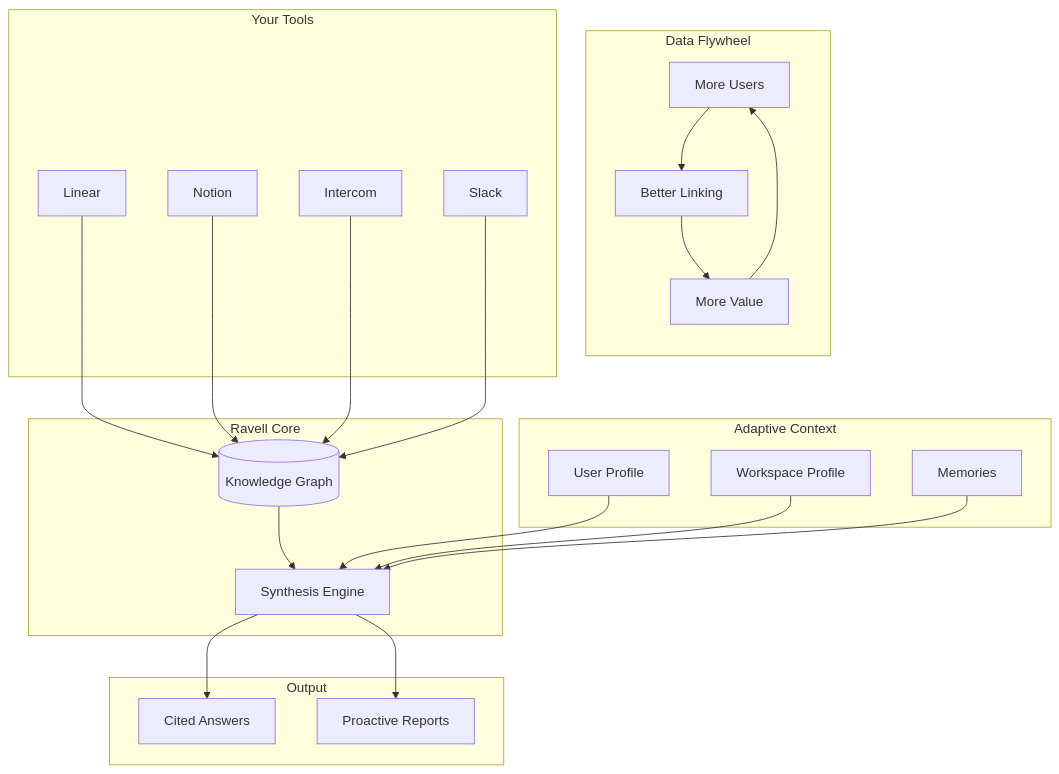
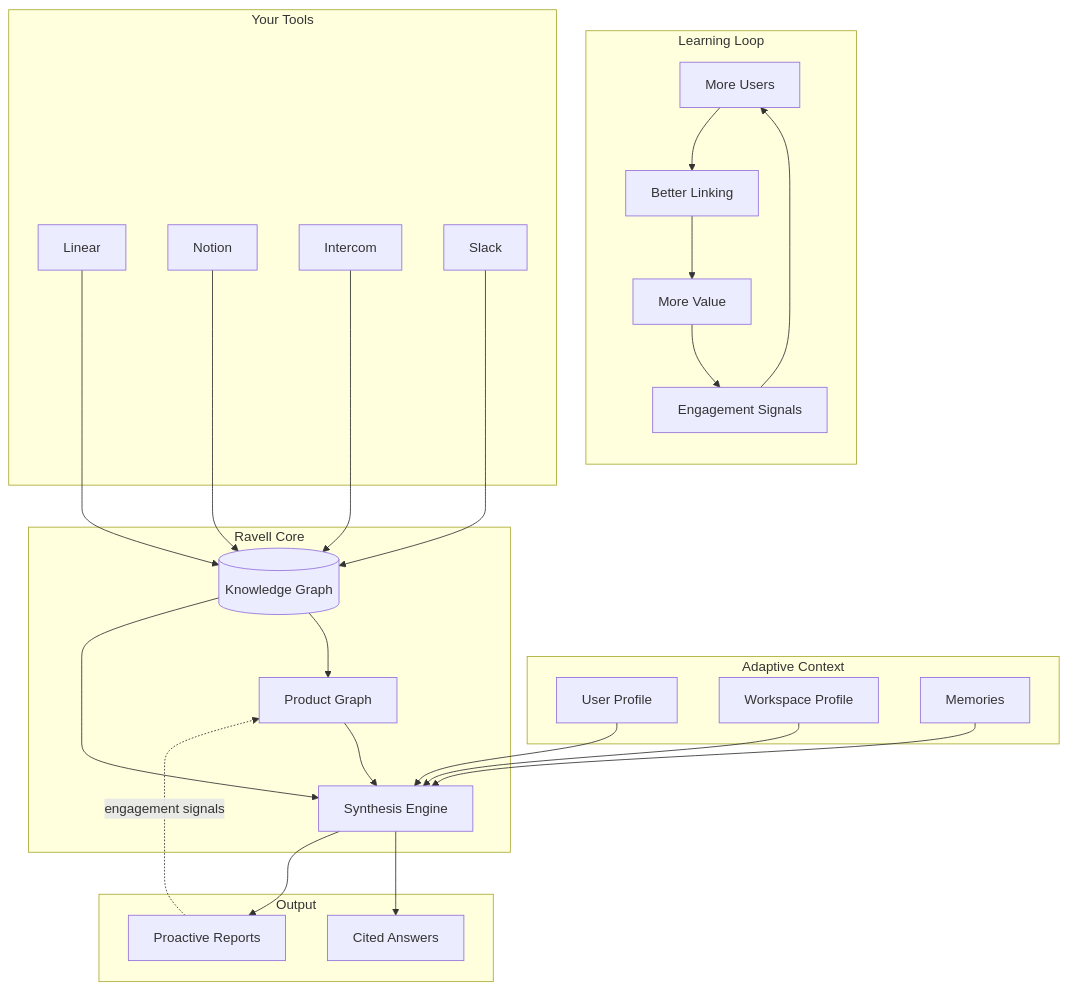
One commit to ravell-io/docs changed the first of 2 diagrams in system-overview.mdx. Above: the diagram before and after it, drawn with Mermaid. The commit also changed other lines of this file and 5 other files, not shown here.

Commit message:
docs: add Product Intelligence v2 ontology, learning loop, and brief follow-ups

````diff
--- a/system-overview.mdx
+++ b/system-overview.mdx
@@ -14,46 +14,52 @@
 ```mermaid
 flowchart TB
-    subgraph Flywheel["Data Flywheel"]
+    subgraph Flywheel["Learning Loop"]
         direction TB
         A[More Users]
         B[Better Linking]
         C[More Value]
+        D[Engagement Signals]
         A --> B
         B --> C
-        C --> A
+        C --> D
+        D --> A
     end
 
     subgraph Tools["Your Tools"]
         L[Linear]
         N[Notion]
         I[Intercom]
         S[Slack]
     end
 
     subgraph Context["Adaptive Context"]
         UP[User Profile]
         WP[Workspace Profile]
         M[Memories]
     end
 
     subgraph Core["Ravell Core"]
         KG[(Knowledge Graph)]
+        PG[Product Graph]
         SE[Synthesis Engine]
     end
 
     subgraph Output["Output"]
         CA[Cited Answers]
         PR[Proactive Reports]
     end
 
     L --> KG
     N --> KG
     I --> KG
     S --> KG
+    KG --> PG
     KG --> SE
+    PG --> SE
     UP --> SE
     WP --> SE
     M --> SE
     SE --> CA
     SE --> PR
+    PR -.->|engagement signals| PG
 ```
````
